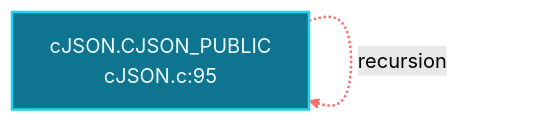
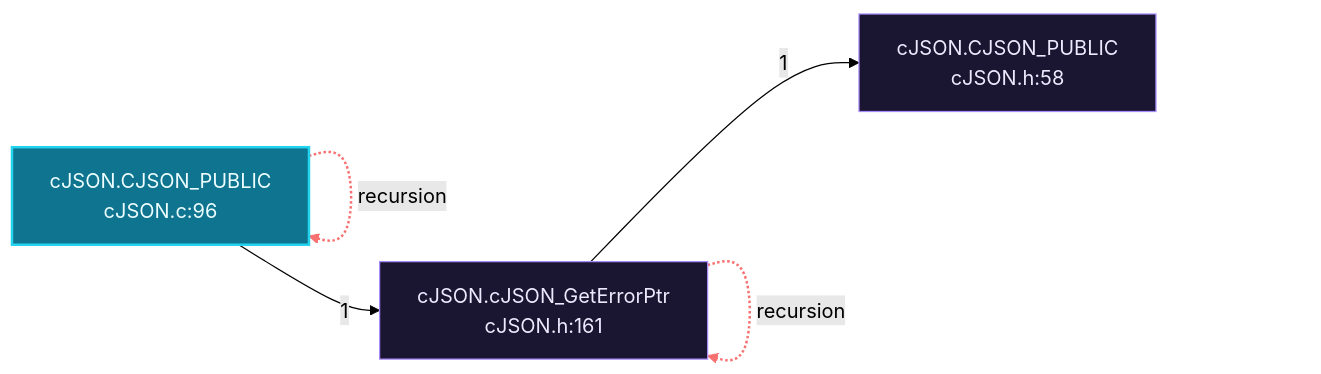
One commit to grisuno/blacksandbeacon changed the fourth of 7 diagrams in readmenator-apidocs/architecture.md. Above: the diagram before and after it, drawn with Mermaid (forest theme). The commit also changed other lines of this file and 380 other files, not shown here.

````diff
--- a/readmenator-apidocs/architecture.md
+++ b/readmenator-apidocs/architecture.md
@@ -63,7 +94,13 @@
 ```mermaid
 flowchart LR
     classDef entry fill:#0e7490,stroke:#22d3ee,color:#ecfeff,stroke-width:2px;
-    n_include_cJSON_c__CJSON_PUBLIC["cJSON.CJSON_PUBLIC<br/>cJSON.c:95"]:::entry
+    classDef external fill:#1a1530,stroke:#a78bfa,color:#ede9fe;
+    n_include_cJSON_c__CJSON_PUBLIC["cJSON.CJSON_PUBLIC<br/>cJSON.c:96"]:::entry
+    n_include_cJSON_h__cJSON_GetErrorPtr["cJSON.cJSON_GetErrorPtr<br/>cJSON.h:161"]:::external
+    n_include_cJSON_h__CJSON_PUBLIC["cJSON.CJSON_PUBLIC<br/>cJSON.h:58"]:::external
     n_include_cJSON_c__CJSON_PUBLIC -.->|"recursion"| n_include_cJSON_c__CJSON_PUBLIC
-    linkStyle 0 stroke:#f87171,stroke-width:2px;
+    n_include_cJSON_c__CJSON_PUBLIC -->|"1"| n_include_cJSON_h__cJSON_GetErrorPtr
+    n_include_cJSON_h__cJSON_GetErrorPtr -->|"1"| n_include_cJSON_h__CJSON_PUBLIC
+    n_include_cJSON_h__cJSON_GetErrorPtr -.->|"recursion"| n_include_cJSON_h__cJSON_GetErrorPtr
+    linkStyle 0,3 stroke:#f87171,stroke-width:2px;
 ```
````
